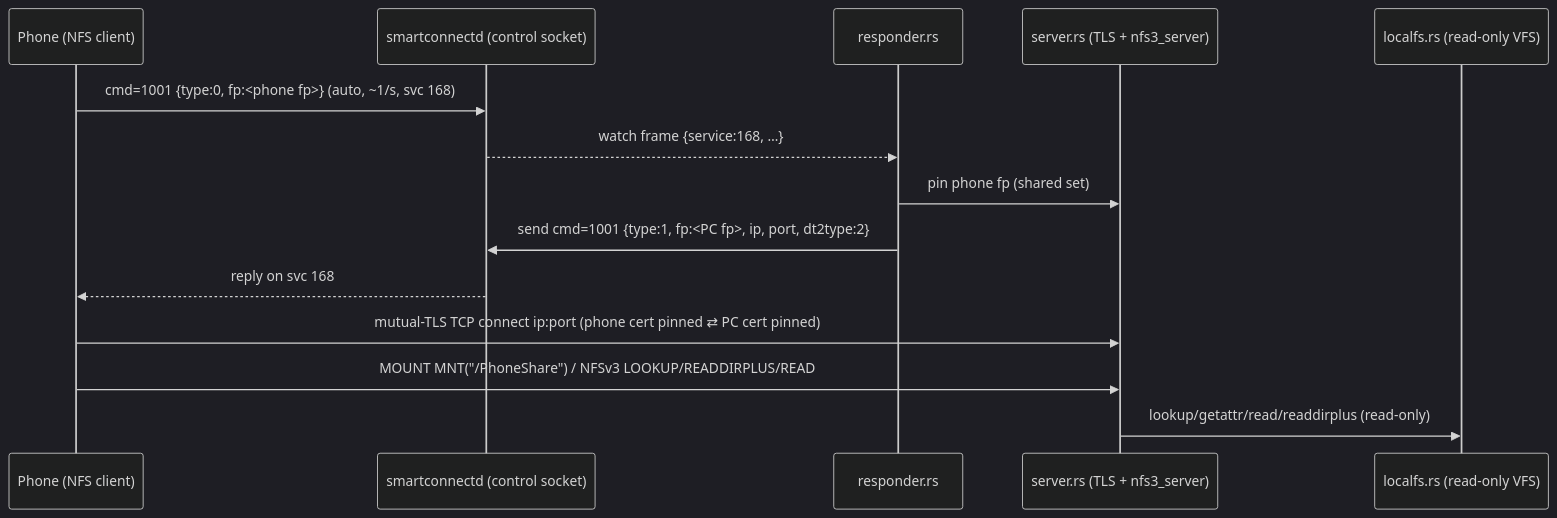
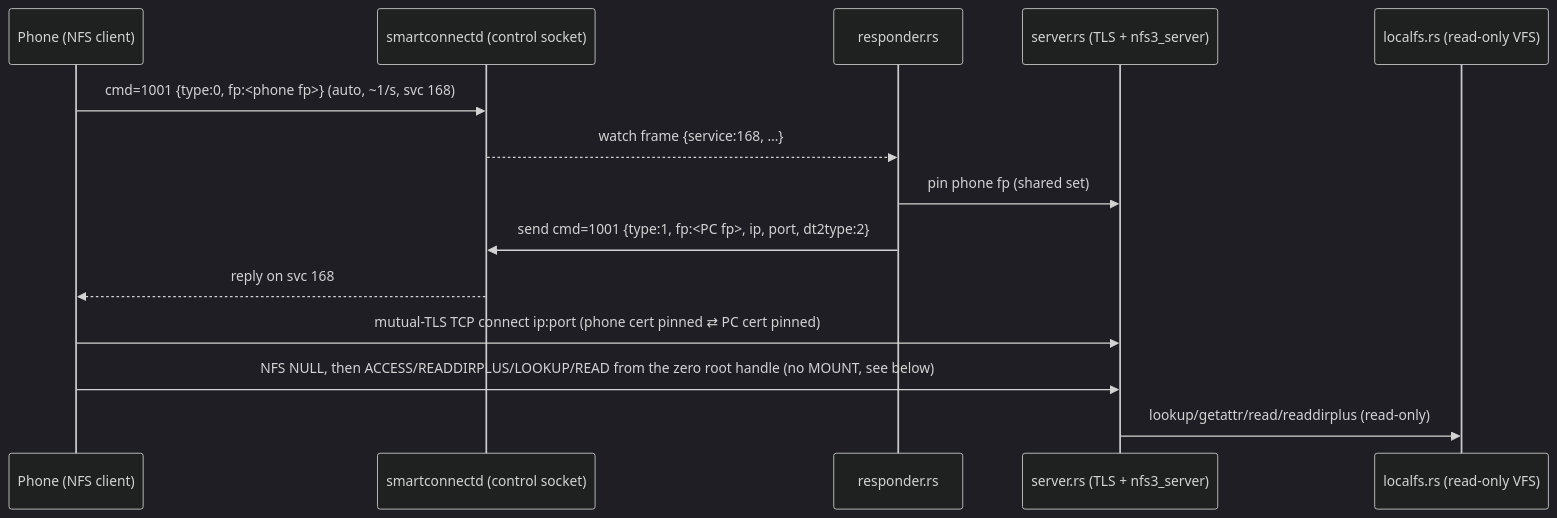
Before and after one commit to vemru/linuxsmartconnect: the first of 2 diagrams in .notes/pc-to-phone-file-sharing.md, drawn with Mermaid (dark theme). The commit also changed other lines of this file and 89 other files, not shown here.

````diff
--- a/.notes/pc-to-phone-file-sharing.md
+++ b/.notes/pc-to-phone-file-sharing.md
@@ -51,16 +57,16 @@
 ```mermaid
 sequenceDiagram
   participant Ph as Phone (NFS client)
   participant D as smartconnectd (control socket)
   participant R as responder.rs
   participant S as server.rs (TLS + nfs3_server)
   participant V as localfs.rs (read-only VFS)
   Ph->>D: cmd=1001 {type:0, fp:<phone fp>} (auto, ~1/s, svc 168)
   D-->>R: watch frame {service:168, …}
   R->>S: pin phone fp (shared set)
   R->>D: send cmd=1001 {type:1, fp:<PC fp>, ip, port, dt2type:2}
   D-->>Ph: reply on svc 168
   Ph->>S: mutual-TLS TCP connect ip:port (phone cert pinned ⇄ PC cert pinned)
-  Ph->>S: MOUNT MNT("/PhoneShare") / NFSv3 LOOKUP/READDIRPLUS/READ
+  Ph->>S: NFS NULL, then ACCESS/READDIRPLUS/LOOKUP/READ from the zero root handle (no MOUNT, see below)
   S->>V: lookup/getattr/read/readdirplus (read-only)
 ```
````
